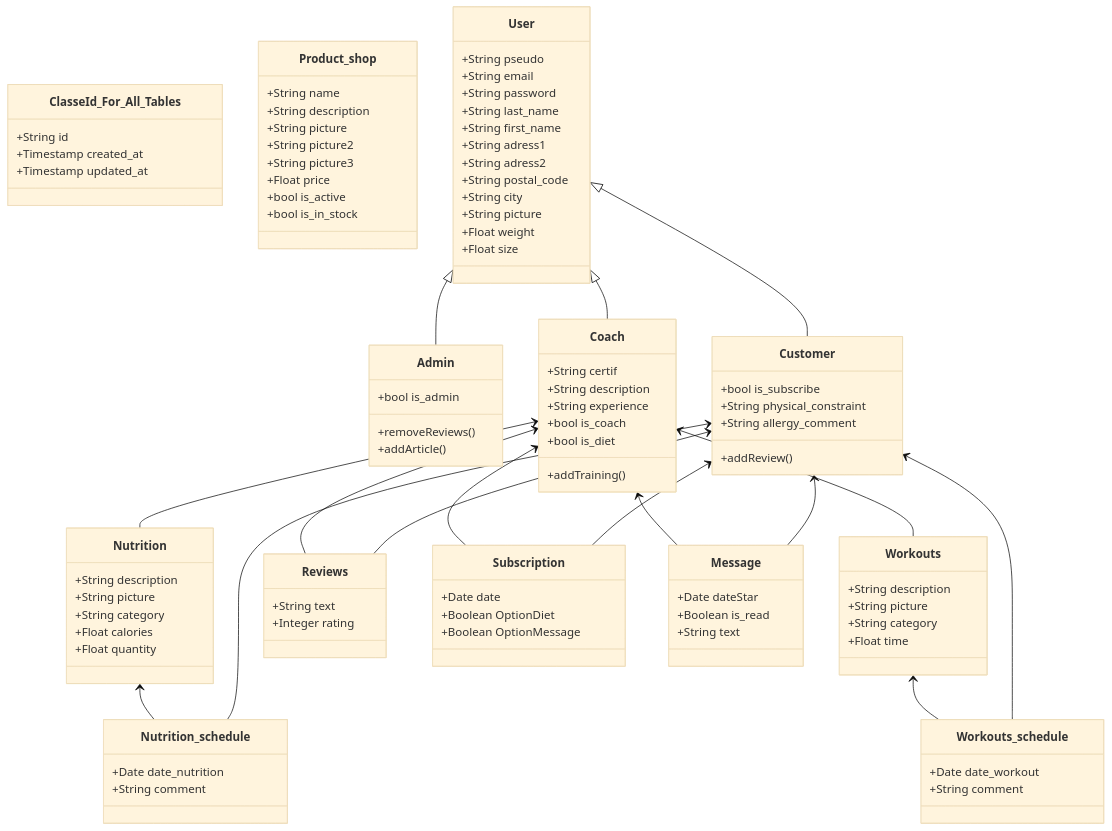
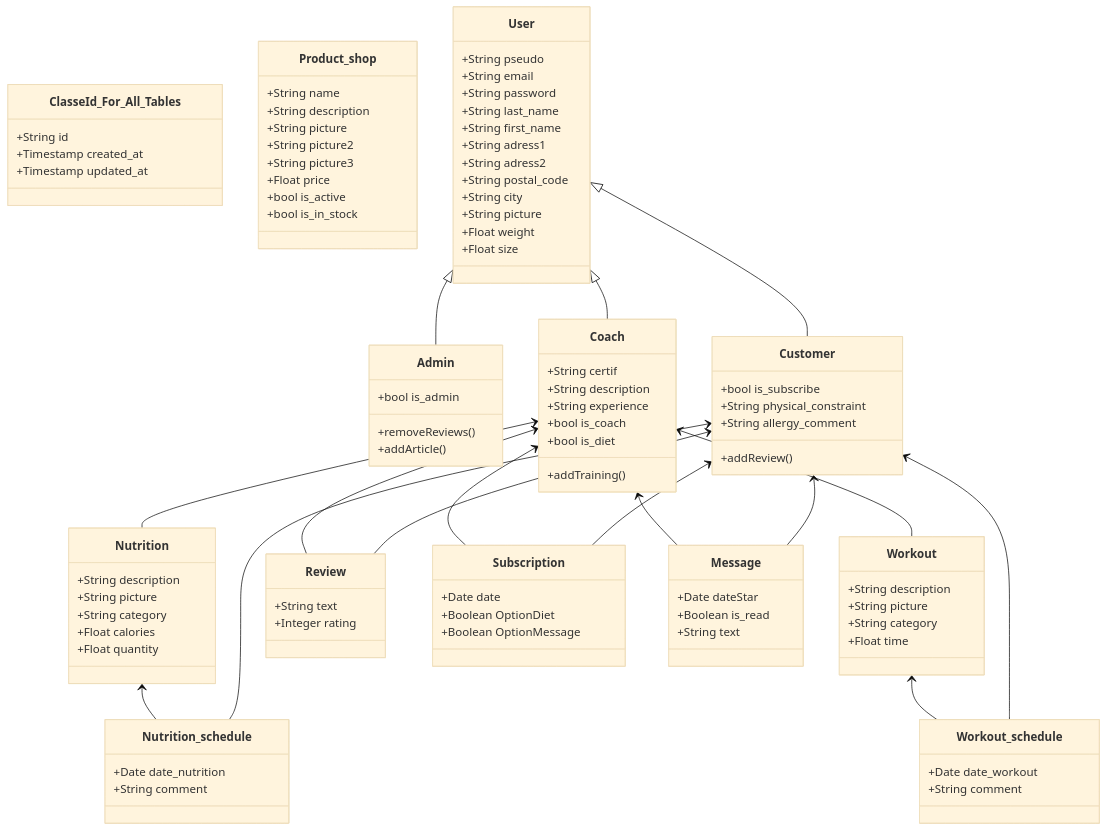
Before and after one commit to Genia888/FitnessHub: the diagram in Documentation/(Stage 3) Technical Documentation.md, drawn with Mermaid (base theme).

Commit message:
Remove s from table name

```diff
--- a/Documentation/(Stage 3) Technical Documentation.md
+++ b/Documentation/(Stage 3) Technical Documentation.md
@@ -121,7 +121,7 @@
       +Float size
     }
 
-    class Workouts {
+    class Workout {
       +String description
       +String picture
       +String category<Arms,Legs,Back,...>
@@ -136,7 +136,7 @@
       +Float quantity
     }
 
-    class Workouts_schedule {
+    class Workout_schedule {
       +Date date_workout
       +String comment
     }
@@ -159,7 +159,7 @@
 	    +addReview()
     }
 
-    class Reviews {
+    class Review {
 	    +String text
 	    +Integer rating
     }
@@ -188,15 +188,15 @@
     %% Relations
 	Nutrition <-- Nutrition_schedule
     Customer <-- Nutrition_schedule
-    Workouts <-- Workouts_schedule
-    Customer <-- Workouts_schedule
-    Coach <-- Workouts
+    Workout <-- Workout_schedule
+    Customer <-- Workout_schedule
+    Coach <-- Workout
     Coach <-- Nutrition
     User <|-- Admin
     User <|-- Customer
     User <|-- Coach
-    Coach <-- Reviews
-    Customer <-- Reviews
+    Coach <-- Review
+    Customer <-- Review
     Coach <-- Subscription
     Customer <-- Subscription
     Coach <-- Message
```
